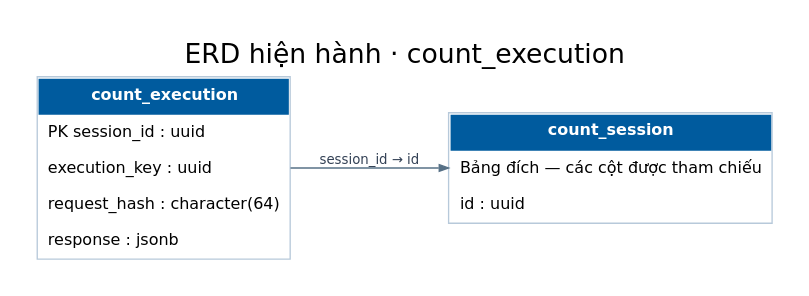
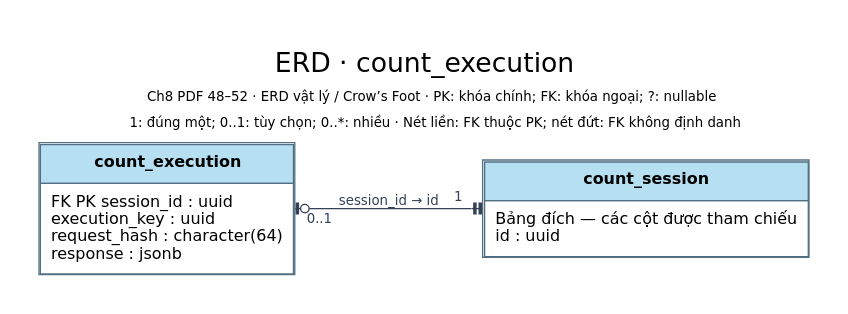
Before and after one commit to TEAM-DEV-FIVE/WMS_BA_2_0: the diagram in 03_So_do/Hien_hanh/dot/ERD_count_execution.dot, drawn with Graphviz. The commit also changed 295 other files, not shown here.

Commit message:
docs: align current diagrams with BA notation and streamline READMEs

```diff
--- a/03_So_do/Hien_hanh/dot/ERD_count_execution.dot
+++ b/03_So_do/Hien_hanh/dot/ERD_count_execution.dot
@@ -1,9 +1,9 @@
 digraph WMS {
-graph [rankdir=LR, bgcolor="white", nodesep=.32, ranksep=.6, pad=.28];
+graph [rankdir=LR, bgcolor="white", nodesep=.5, ranksep=.9, pad=.3];
 node [shape=plain, fontname="DejaVu Sans", fontsize=12];
-edge [fontname="DejaVu Sans", fontsize=10, color="#567086", fontcolor="#334155", arrowsize=.7];
-label="ERD hiện hành · count_execution"; labelloc=t; fontname="DejaVu Sans"; fontsize=20;
-"count_execution" [label=<<TABLE BORDER="1" CELLBORDER="0" CELLSPACING="0" CELLPADDING="7" COLOR="#b7c9da"><TR><TD BGCOLOR="#005b9e"><FONT COLOR="white"><B>count_execution</B></FONT></TD></TR><TR><TD ALIGN="LEFT">PK session_id : uuid</TD></TR><TR><TD ALIGN="LEFT">execution_key : uuid</TD></TR><TR><TD ALIGN="LEFT">request_hash : character(64)</TD></TR><TR><TD ALIGN="LEFT">response : jsonb</TD></TR></TABLE>>];
-"count_session" [label=<<TABLE BORDER="1" CELLBORDER="0" CELLSPACING="0" CELLPADDING="7" COLOR="#b7c9da"><TR><TD BGCOLOR="#005b9e"><FONT COLOR="white"><B>count_session</B></FONT></TD></TR><TR><TD ALIGN="LEFT">Bảng đích — các cột được tham chiếu</TD></TR><TR><TD ALIGN="LEFT">id : uuid</TD></TR></TABLE>>];
-"count_execution" -> "count_session" [label="session_id → id"];
+edge [fontname="DejaVu Sans", fontsize=10, color="#334155", fontcolor="#334155", arrowsize=.8];
+label=<<TABLE BORDER="0" CELLBORDER="0" CELLPADDING="3"><TR><TD><FONT POINT-SIZE="20">ERD · count_execution</FONT></TD></TR><TR><TD><FONT POINT-SIZE="10">Ch8 PDF 48–52 · ERD vật lý / Crow’s Foot · PK: khóa chính; FK: khóa ngoại; ?: nullable</FONT></TD></TR><TR><TD><FONT POINT-SIZE="10">1: đúng một; 0..1: tùy chọn; 0..*: nhiều · Nét liền: FK thuộc PK; nét đứt: FK không định danh</FONT></TD></TR></TABLE>>; labelloc=t; fontname="DejaVu Sans"; fontsize=16;
+"count_execution" [label=<<TABLE BORDER="1" CELLBORDER="1" CELLSPACING="0" CELLPADDING="7" COLOR="#526f83"><TR><TD BGCOLOR="#b7dff2"><B>count_execution</B></TD></TR><TR><TD ALIGN="LEFT" BALIGN="LEFT">FK PK session_id : uuid<BR ALIGN="LEFT"/>execution_key : uuid<BR ALIGN="LEFT"/>request_hash : character(64)<BR ALIGN="LEFT"/>response : jsonb</TD></TR></TABLE>>];
+"count_session" [label=<<TABLE BORDER="1" CELLBORDER="1" CELLSPACING="0" CELLPADDING="7" COLOR="#526f83"><TR><TD BGCOLOR="#b7dff2"><B>count_session</B></TD></TR><TR><TD ALIGN="LEFT" BALIGN="LEFT">Bảng đích — các cột được tham chiếu<BR ALIGN="LEFT"/>id : uuid</TD></TR></TABLE>>];
+"count_execution" -> "count_session" [label="session_id → id", dir="both", arrowtail="teeodot", arrowhead="teetee", taillabel="0..1", headlabel="1", labeldistance="2", style="solid"];
 }
```
